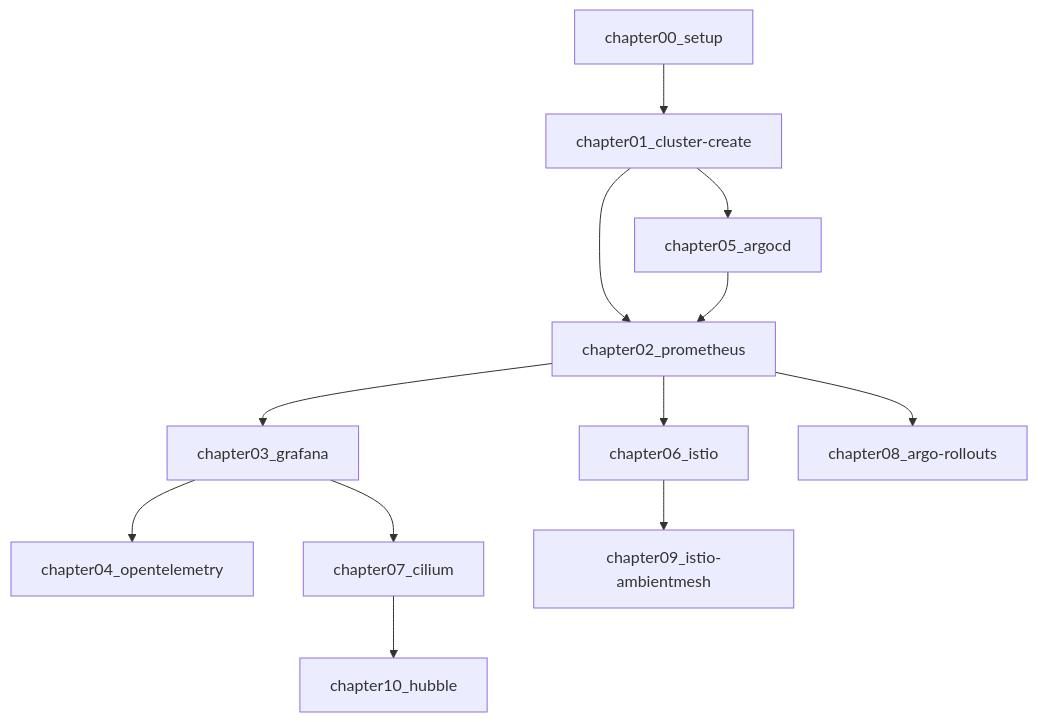
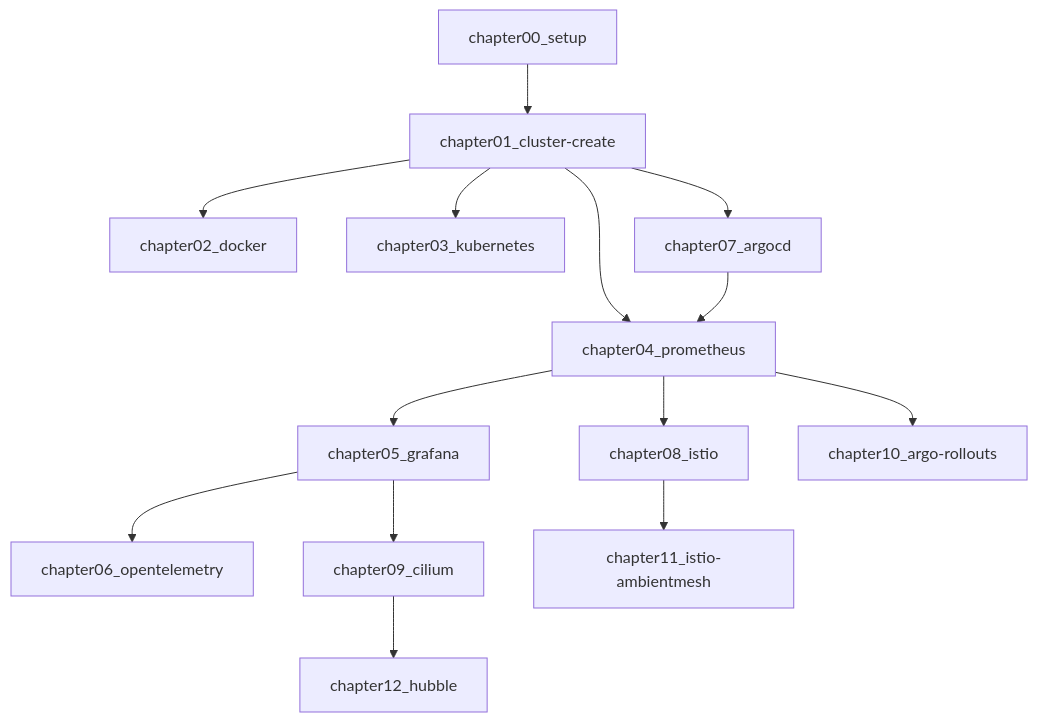
One commit to cloudnativedaysjp/cnd-handson changed the diagram in README.md. Above: the diagram before and after it, drawn with Mermaid.

Commit message:
Update README.md
フローチャート変更

````diff
--- a/README.md
+++ b/README.md
@@ -28,31 +28,34 @@
 ```mermaid
 flowchart TD
     setup[chapter00_setup]
     cluster[chapter01_cluster-create]
-    prom[chapter02_prometheus]
-    grafana[chapter03_grafana]
-    otel[chapter04_opentelemetry]
-    argocd[chapter05_argocd]
-    istio[chapter06_istio]
-    cilium[chapter07_cilium]
-    argorollouts[chapter08_argo-rollouts]
-    istioambient[chapter09_istio-ambientmesh]
-    hubble[chapter10_hubble]
+    docker[chapter02_docker]
+    k8s[chapter03_kubernetes]
+    prom[chapter04_prometheus]
+    grafana[chapter05_grafana]
+    otel[chapter06_opentelemetry]
+    argocd[chapter07_argocd]
+    istio[chapter08_istio]
+    cilium[chapter09_cilium]
+    argorollouts[chapter10_argo-rollouts]
+    istioambient[chapter11_istio-ambientmesh]
+    hubble[chapter12_hubble]
 
     setup-->cluster
-
+    cluster-->docker
+    cluster-->k8s
     cluster-->prom
     cluster-->argocd
 
     prom-->grafana
     prom-->argorollouts
     prom-->istio
     argocd-->prom
 
     grafana-->otel
     grafana-->cilium
 
     cilium-->hubble
 
     istio-->istioambient
 ```
````
